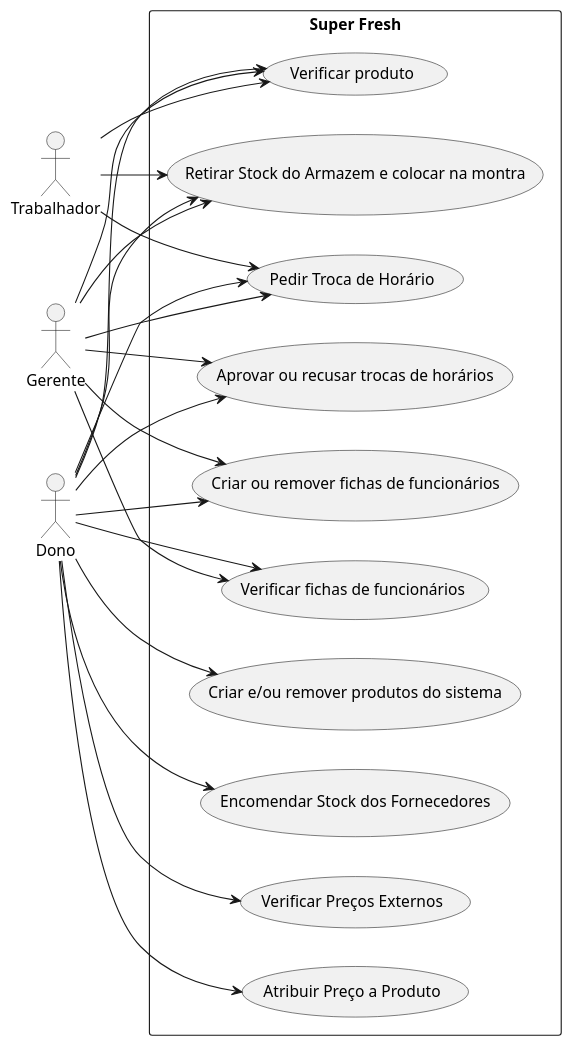
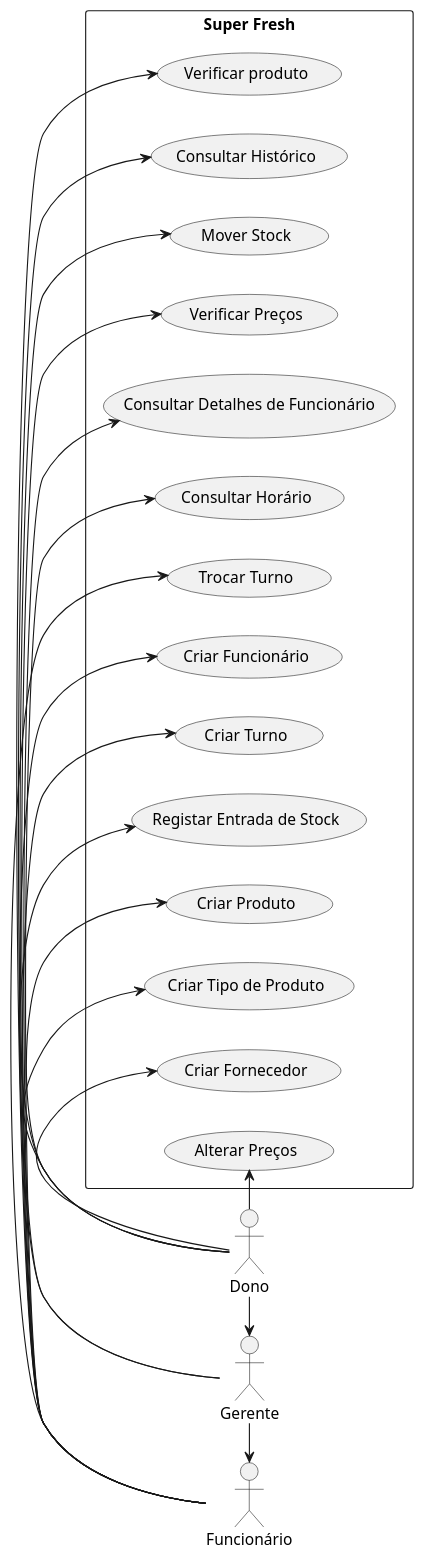
Before and after one commit to FCClara/DSSMV_1220893_1241190: the diagram in docs/puml/UC.puml, drawn with PlantUML. The commit also changed 17 other files, not shown here.

```diff
--- a/docs/puml/UC.puml
+++ b/docs/puml/UC.puml
@@ -1,47 +1,49 @@
 @startuml
 'https://plantuml.com/use-case-diagram
 
 left to right direction
 
-actor "Trabalhador" as Trabalhador
+actor "Funcionário" as Funcionário
 actor "Gerente" as Gerente
 actor "Dono" as Dono
 
 rectangle "Super Fresh" {
 
 usecase "Verificar produto" as UC1
-usecase "Retirar Stock do Armazem e colocar na montra" as UC2
-usecase "Pedir Troca de Horário" as UC3
-usecase "Aprovar ou recusar trocas de horários" as UC4
-usecase "Criar ou remover fichas de funcionários" as UC5
-usecase "Verificar fichas de funcionários" as UC6
-usecase "Criar e/ou remover produtos do sistema" as UC7
-usecase "Encomendar Stock dos Fornecedores" as UC8
-usecase "Verificar Preços Externos" as UC9
-usecase "Atribuir Preço a Produto" as UC10
+usecase "Consultar Histórico" as UC2
+usecase "Mover Stock" as UC3
+usecase "Registar Entrada de Stock" as UC4
+usecase "Criar Produto" as UC5
+usecase "Criar Tipo de Produto" as UC6
+usecase "Criar Fornecedor" as UC7
+usecase "Verificar Preços" as UC8
+usecase "Alterar Preços" as UC9
+usecase "Criar Funcionário" as UC10
+usecase "Consultar Detalhes de Funcionário" as UC11
+usecase "Consultar Horário" as UC12
+usecase "Criar Turno" as UC13
+usecase "Trocar Turno" as UC14
 
 }
 
-Trabalhador --> UC1
-Trabalhador --> UC2
-Trabalhador --> UC3
+Dono -> Gerente
+Gerente -> Funcionário
 
-Gerente --> UC1
-Gerente --> UC2
-Gerente --> UC3
-Gerente --> UC4
-Gerente --> UC5
-Gerente --> UC6
+Funcionário -> UC1
+Funcionário -> UC2
+Funcionário -> UC3
+Funcionário -> UC8
+Funcionário -> UC11
+Funcionário -> UC12
+Funcionário -> UC14
 
-Dono --> UC1
-Dono --> UC2
-Dono --> UC3
-Dono --> UC4
-Dono --> UC5
-Dono --> UC6
-Dono --> UC7
-Dono --> UC8
-Dono --> UC9
-Dono --> UC10
+Gerente -> UC10
+Gerente -> UC13
+
+Dono -> UC4
+Dono -> UC5
+Dono -> UC6
+Dono -> UC7
+Dono -> UC9
 
 @enduml
```
